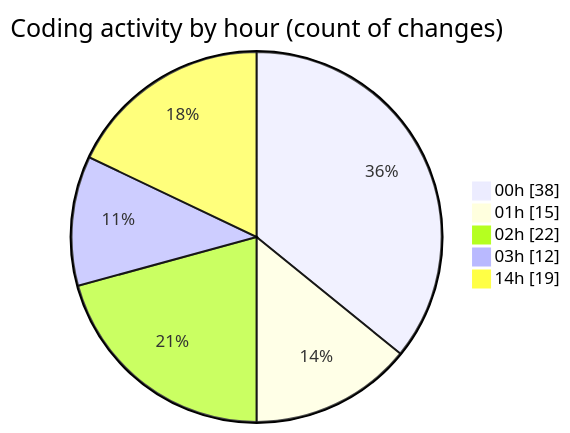
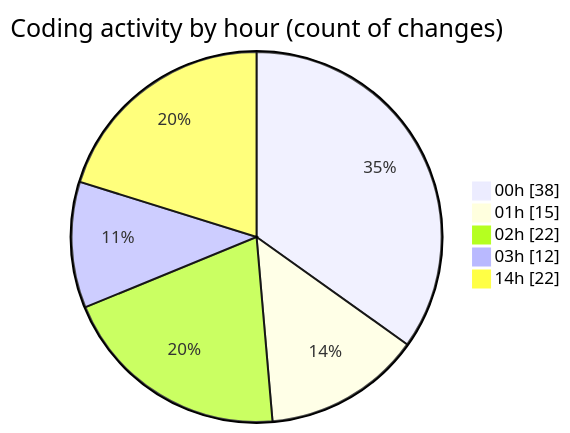
The second of 2 diagrams in 2025-03-08/uber_clone/README.md (donsfak/code-tracking), drawn with Mermaid before and after one commit. The commit also changed other lines of this file and 1 other file, not shown here.

````diff
--- a/2025-03-08/uber_clone/README.md
+++ b/2025-03-08/uber_clone/README.md
@@ -34,9 +34,9 @@
 ```mermaid
 pie showData
 title Coding activity by hour (count of changes)
 "00h" : 38
 "01h" : 15
 "02h" : 22
 "03h" : 12
-"14h" : 19
+"14h" : 22
 ```
````
